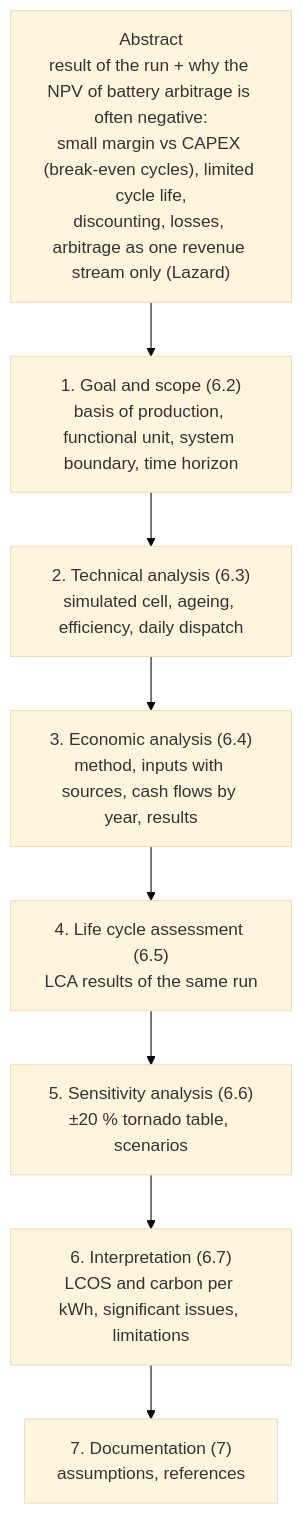
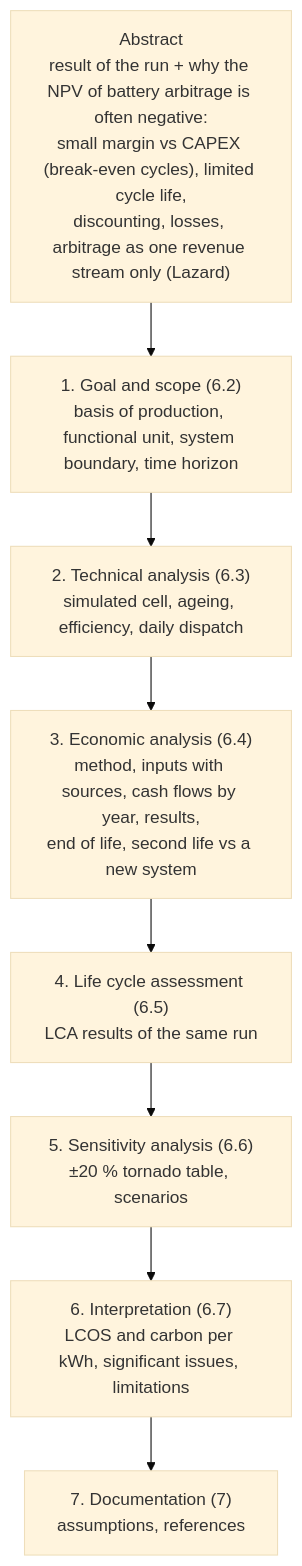
One commit to TheJohn01/DigitalTwinBattery changed the ninth of 12 diagrams in README.md. Above: the diagram before and after it, drawn with Mermaid (base theme). The commit also changed other lines of this file and 3 other files, not shown here.

First line of the commit message:
TEA report: second-life section (NREL B2U cost, comparison with a new system)

````diff
--- a/README.md
+++ b/README.md
@@ -1031,12 +1031,12 @@
 ```mermaid
 flowchart TD
     A["Abstract<br/>result of the run + why the NPV of battery arbitrage is often negative:<br/>small margin vs CAPEX (break-even cycles), limited cycle life,<br/>discounting, losses, arbitrage as one revenue stream only (Lazard)"]
     G["1. Goal and scope (6.2)<br/>basis of production, functional unit, system boundary, time horizon"]
     T["2. Technical analysis (6.3)<br/>simulated cell, ageing, efficiency, daily dispatch"]
-    E["3. Economic analysis (6.4)<br/>method, inputs with sources, cash flows by year, results"]
+    E["3. Economic analysis (6.4)<br/>method, inputs with sources, cash flows by year, results,<br/>end of life, second life vs a new system"]
     L["4. Life cycle assessment (6.5)<br/>LCA results of the same run"]
     S["5. Sensitivity analysis (6.6)<br/>±20 % tornado table, scenarios"]
     I["6. Interpretation (6.7)<br/>LCOS and carbon per kWh, significant issues, limitations"]
     D["7. Documentation (7)<br/>assumptions, references"]
     A --> G --> T --> E --> L --> S --> I --> D
 ```
````
